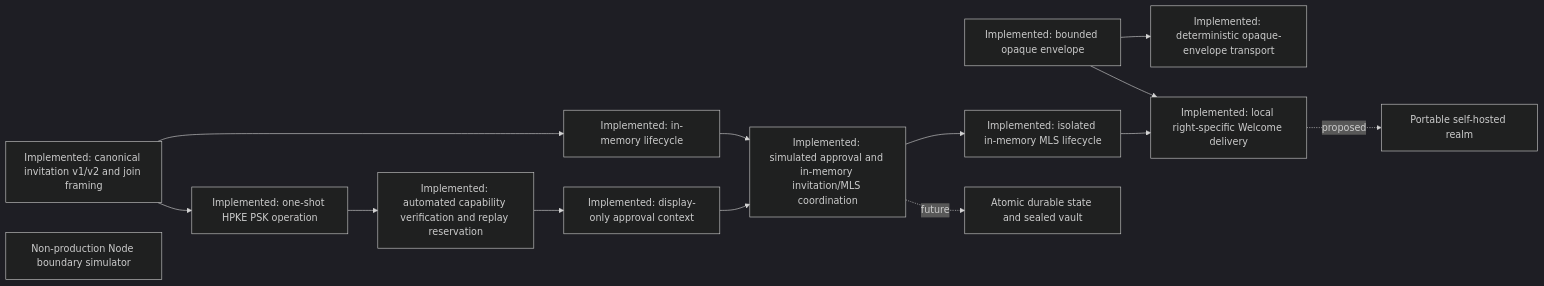
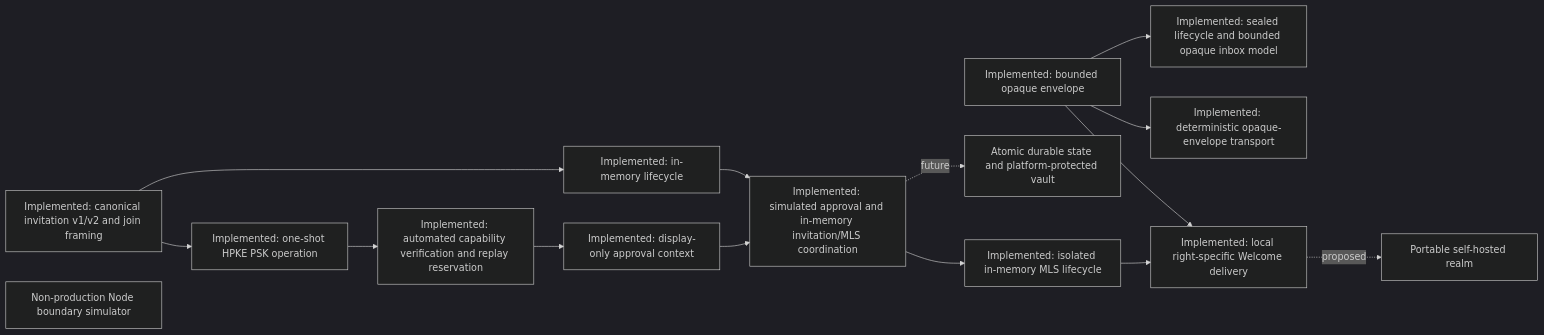
Before and after one commit to dills122/session-chat: the diagram in docs/INDEPENDENT_AUDIT_BRIEF.md, drawn with Mermaid (dark theme). The commit also changed other lines of this file and 10 other files, not shown here.

Commit message:
docs: record sealed vault contract

````diff
--- a/docs/INDEPENDENT_AUDIT_BRIEF.md
+++ b/docs/INDEPENDENT_AUDIT_BRIEF.md
@@ -92,19 +95,20 @@
 ```mermaid
 flowchart LR
   I["Implemented: canonical invitation v1/v2 and join framing"] --> P["Implemented: one-shot HPKE PSK operation"]
   P --> C["Implemented: automated capability verification and replay reservation"]
   I --> R["Implemented: in-memory lifecycle"]
   E["Implemented: bounded opaque envelope"]
   M["Implemented: isolated in-memory MLS lifecycle"]
   D["Implemented: deterministic opaque-envelope transport"]
   N["Non-production Node boundary simulator"]
   C --> O["Implemented: display-only approval context"]
   O --> A["Implemented: simulated approval and in-memory invitation/MLS coordination"]
   R --> A
   A --> M
   M --> T["Implemented: local right-specific Welcome delivery"]
   E --> T
   E --> D
-  A -. future .-> V["Atomic durable state and sealed vault"]
+  E --> V["Implemented: sealed lifecycle and bounded opaque inbox model"]
+  A -. future .-> S["Atomic durable state and platform-protected vault"]
   T -. proposed .-> H["Portable self-hosted realm"]
 ```
````
